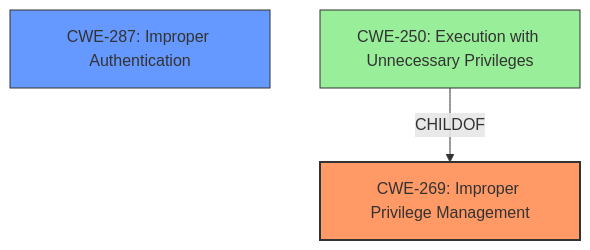
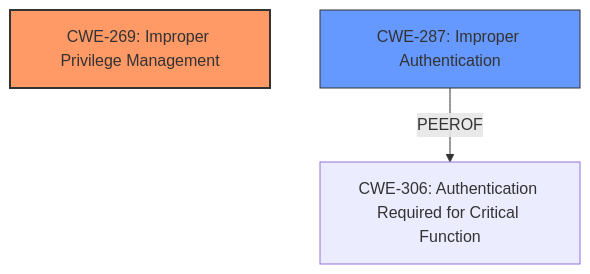
One commit to CyberSecAI/cwe_agent_assign_reports_2023 changed the diagram in CVE-2021-34523/CVE-2021-34523_analysis.md. Above: the diagram before and after it, drawn with Mermaid. The commit also changed other lines of this file and 902 other files, not shown here.

````diff
--- a/CVE-2021-34523/CVE-2021-34523_analysis.md
+++ b/CVE-2021-34523/CVE-2021-34523_analysis.md
@@ -17,15 +19,13 @@
 ```mermaid
 graph TD
     cwe269["CWE-269: Improper Privilege Management"]
     cwe287["CWE-287: Improper Authentication"]
-    cwe250["CWE-250: Execution with Unnecessary Privileges"]
-    
-    cwe250 -->|CHILDOF| cwe269
+
+    cwe287 -->|PEEROF| cwe306["CWE-306: Authentication Required for Critical Function"]
     
     classDef primary fill:#f96,stroke:#333,stroke-width:2px
     classDef secondary fill:#69f,stroke:#333
     classDef tertiary fill:#9e9,stroke:#333
     class cwe269 primary
     class cwe287 secondary
-    class cwe250 tertiary
 ```
````
